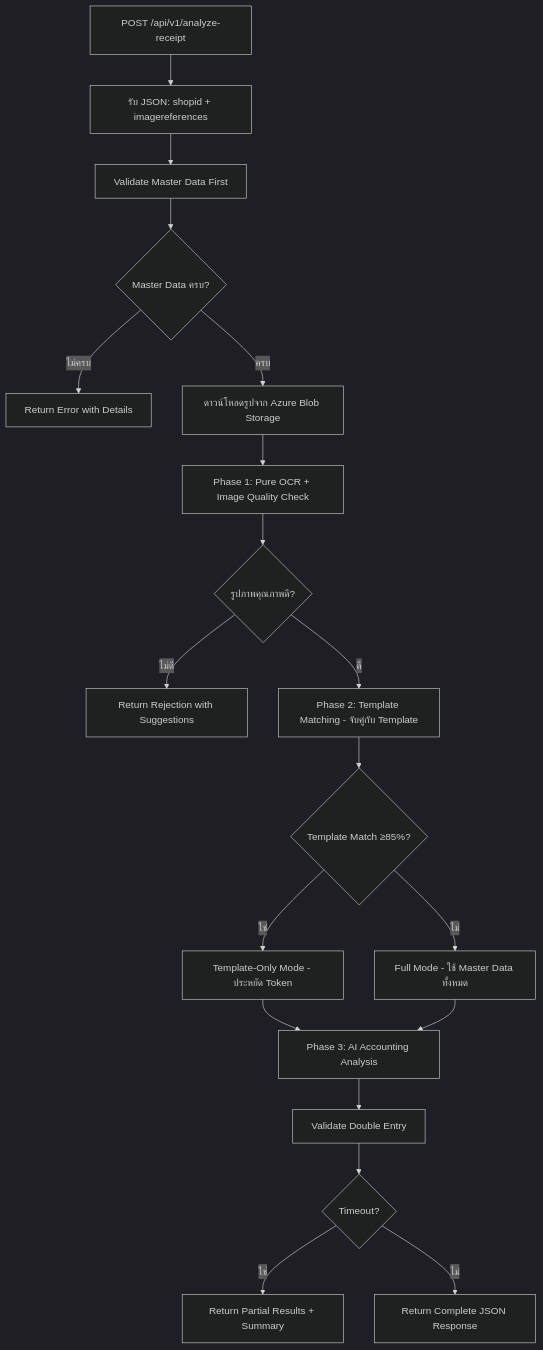
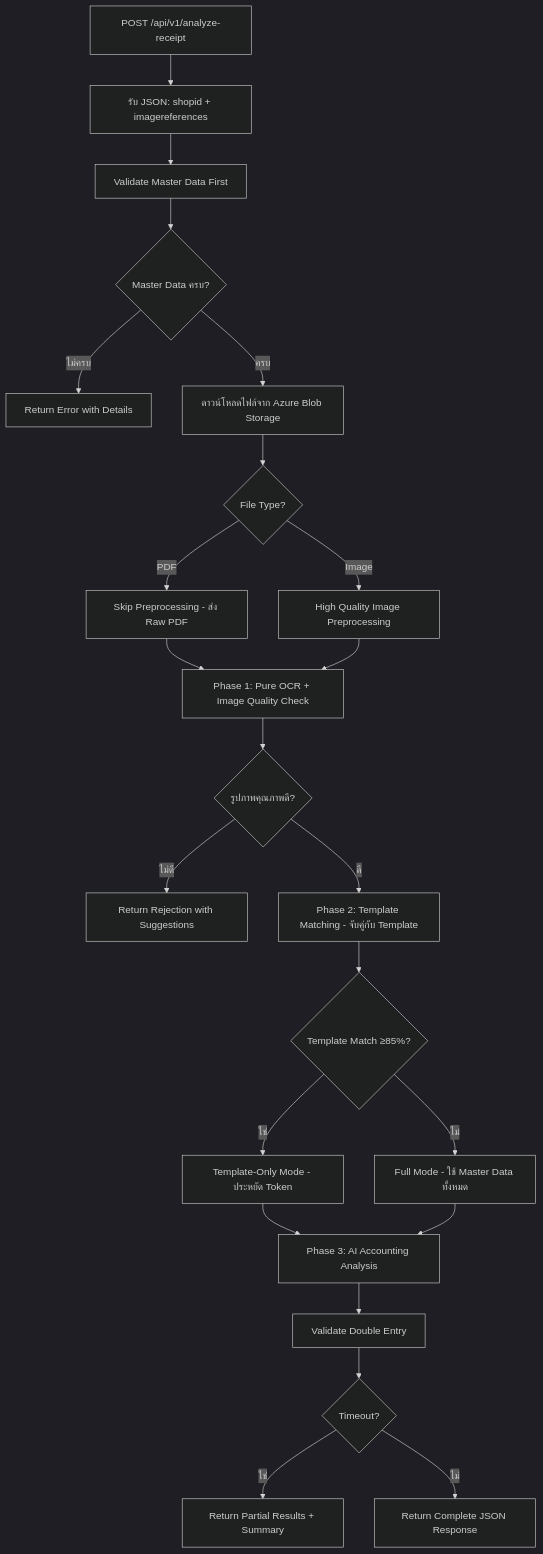
One commit to bosocmputer/account_ocr_gemini changed the first of 2 diagrams in docs/SYSTEM_DESIGN.md. Above: the diagram before and after it, drawn with Mermaid (dark theme). The commit also changed other lines of this file and 7 other files, not shown here.

````diff
--- a/docs/SYSTEM_DESIGN.md
+++ b/docs/SYSTEM_DESIGN.md
@@ -11,21 +11,25 @@
 ```mermaid
 flowchart TD
     A[POST /api/v1/analyze-receipt] --> B[รับ JSON: shopid + imagereferences]
     B --> C[Validate Master Data First]
     C --> D{Master Data ครบ?}
     D -->|ไม่ครบ| E[Return Error with Details]
-    D -->|ครบ| F[ดาวน์โหลดรูปจาก Azure Blob Storage]
-    F --> G[Phase 1: Pure OCR + Image Quality Check]
+    D -->|ครบ| F[ดาวน์โหลดไฟล์จาก Azure Blob Storage]
+    F --> F1{File Type?}
+    F1 -->|PDF| F2[Skip Preprocessing - ส่ง Raw PDF]
+    F1 -->|Image| F3[High Quality Image Preprocessing]
+    F2 --> G[Phase 1: Pure OCR + Quality Check]
+    F3 --> G[Phase 1: Pure OCR + Image Quality Check]
     G --> H{รูปภาพคุณภาพดี?}
     H -->|ไม่ดี| I[Return Rejection with Suggestions]
     H -->|ดี| J[Phase 2: Template Matching - จับคู่กับ Template]
     J --> K{Template Match ≥85%?}
     K -->|ใช่| L[Template-Only Mode - ประหยัด Token]
     K -->|ไม่| M[Full Mode - ใช้ Master Data ทั้งหมด]
     L --> N[Phase 3: AI Accounting Analysis]
     M --> N
     N --> O[Validate Double Entry]
     O --> P{Timeout?}
     P -->|ใช่| Q[Return Partial Results + Summary]
     P -->|ไม่| R[Return Complete JSON Response]
 ```
````
